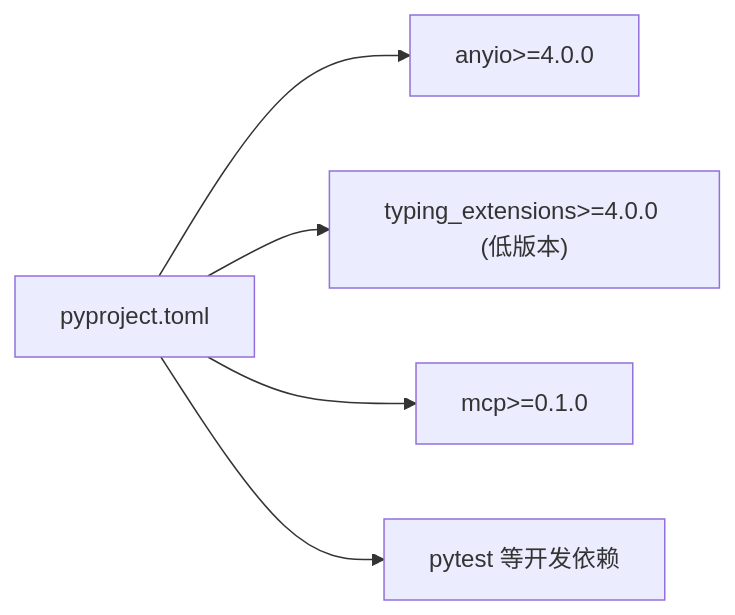
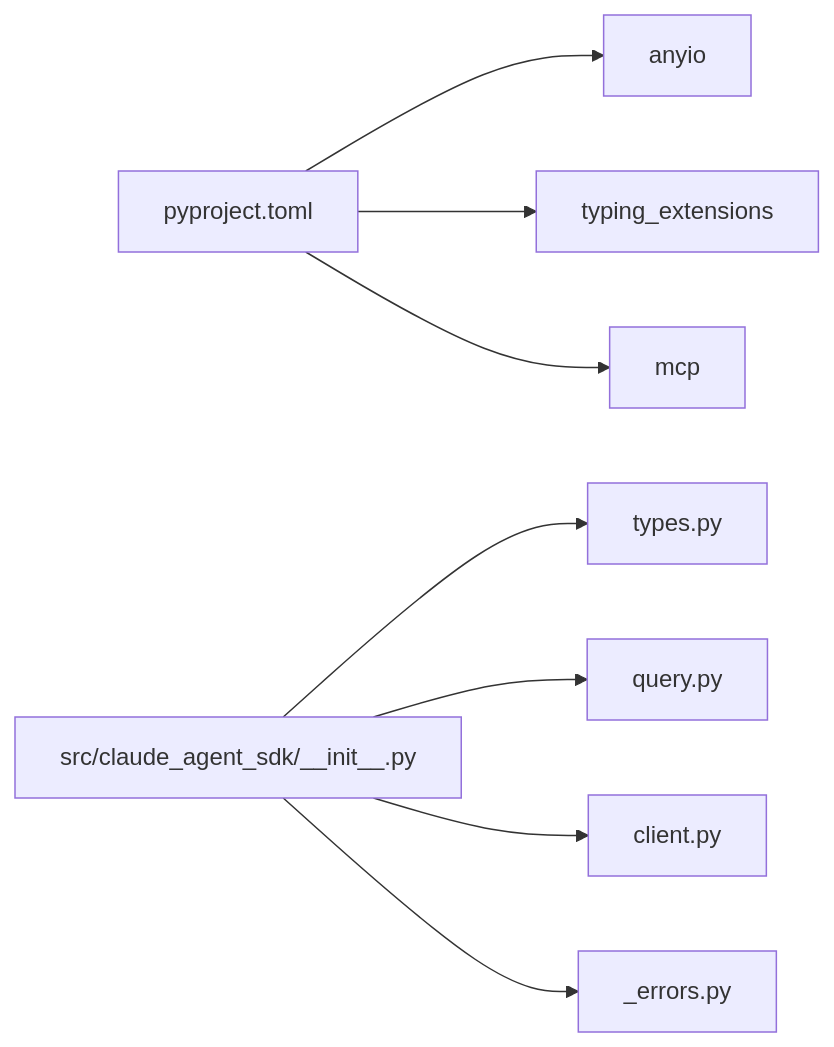
The third of 3 diagrams in .qoder/repowiki/zh/content/快速开始.md (defulat-coder/claude-agent-sdk-python), drawn with Mermaid before and after one commit. The commit also changed other lines of this file and 85 other files, not shown here.

````diff
--- a/.qoder/repowiki/zh/content/快速开始.md
+++ b/.qoder/repowiki/zh/content/快速开始.md
@@ -238,7 +192,10 @@
 ```mermaid
 graph LR
-P["pyproject.toml"] --> D1["anyio>=4.0.0"]
-P --> D2["typing_extensions>=4.0.0 (低版本)"]
-P --> D3["mcp>=0.1.0"]
-P --> O1["pytest 等开发依赖"]
+P["pyproject.toml"] --> D1["anyio"]
+P --> D2["typing_extensions"]
+P --> D3["mcp"]
+S["src/claude_agent_sdk/__init__.py"] --> T["types.py"]
+S --> Q["query.py"]
+S --> C["client.py"]
+S --> E["_errors.py"]
 ```
````
